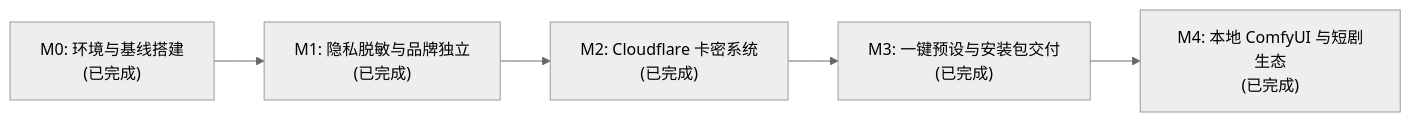
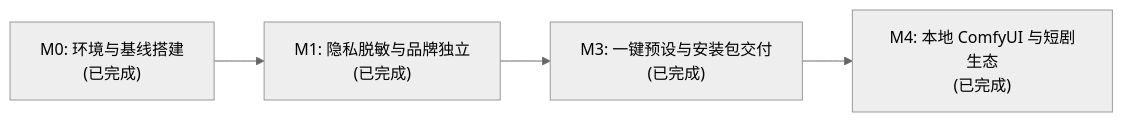
One commit to jiang225638/DramaAi changed the diagram in requirement-doc/03_任务进度与里程碑.md. Above: the diagram before and after it, drawn with Mermaid (neutral theme). The commit also changed other lines of this file and 43 other files, not shown here.

````diff
--- a/requirement-doc/03_任务进度与里程碑.md
+++ b/requirement-doc/03_任务进度与里程碑.md
@@ -12,7 +12,6 @@
 ```mermaid
 flowchart LR
     M0["M0: 环境与基线搭建<br/>(已完成)"] --> M1["M1: 隐私脱敏与品牌独立<br/>(已完成)"]
-    M1 --> M2["M2: Cloudflare 卡密系统<br/>(已完成)"]
-    M2 --> M3["M3: 一键预设与安装包交付<br/>(已完成)"]
+    M1 --> M3["M3: 一键预设与安装包交付<br/>(已完成)"]
     M3 --> M4["M4: 本地 ComfyUI 与短剧生态<br/>(已完成)"]
 ```
````
